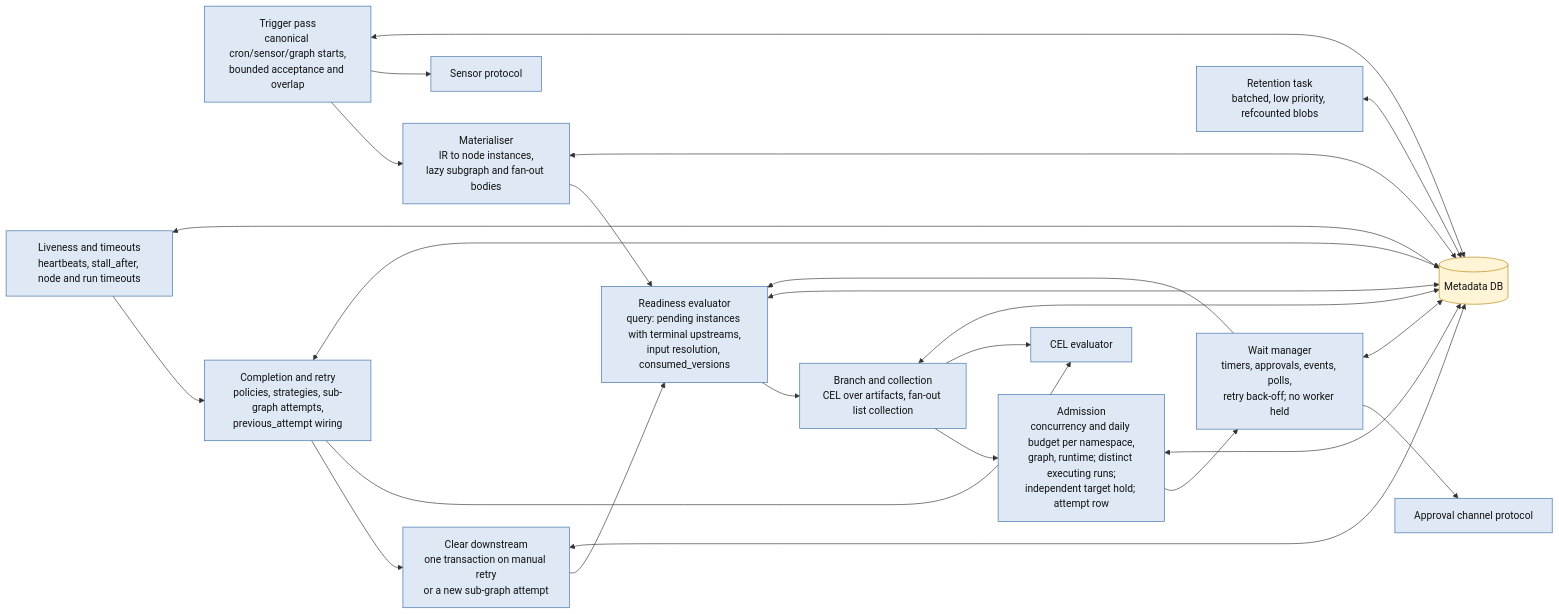
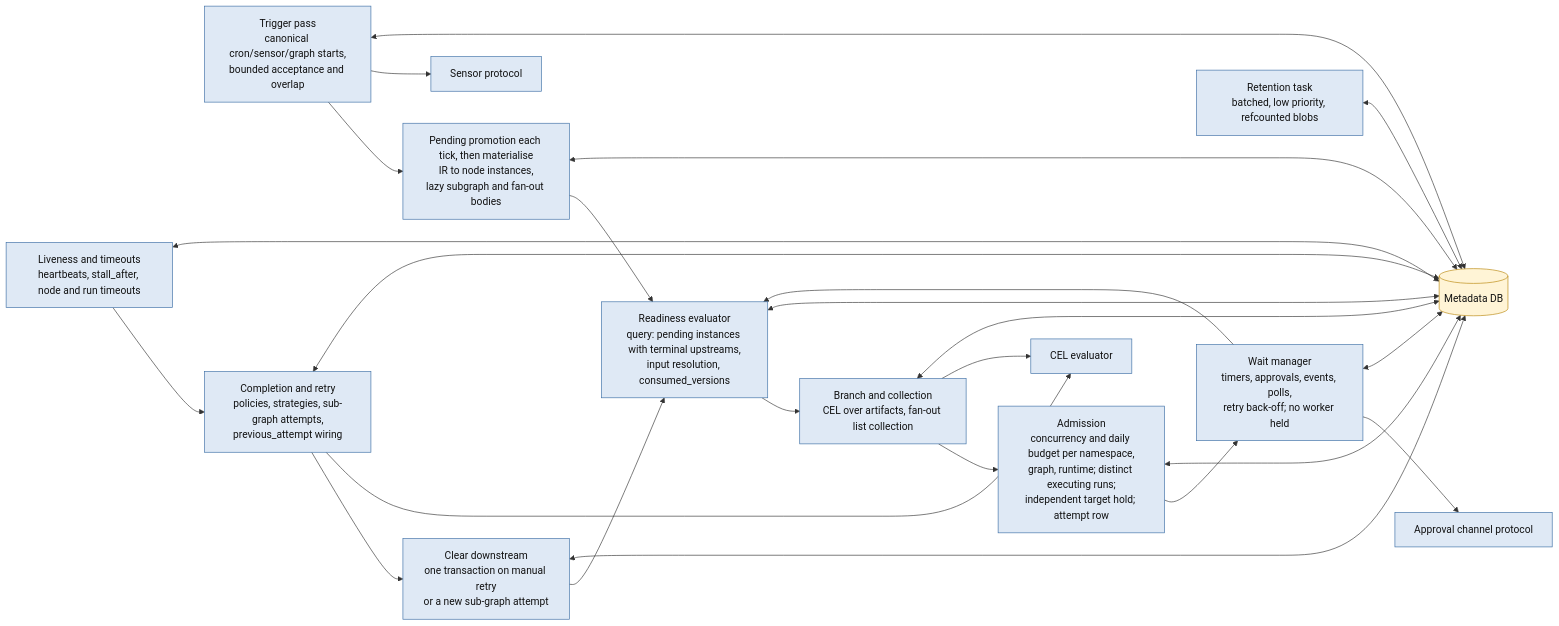
One commit to realkarych/kora changed the third of 6 diagrams in knowledge/architecture/detailed.md. Above: the diagram before and after it, drawn with Mermaid. The commit also changed other lines of this file and 6 other files, not shown here.

````diff
--- a/knowledge/architecture/detailed.md
+++ b/knowledge/architecture/detailed.md
@@ -125,30 +125,30 @@
 ```mermaid
 flowchart LR
     classDef c fill:#dfe9f5,stroke:#3b6ea5,color:#111
     classDef store fill:#fff4d6,stroke:#b8860b,color:#111
 
     DB[(Metadata DB)]:::store
     T[Trigger pass<br/>canonical cron/sensor/graph starts,<br/>bounded acceptance and overlap]:::c
-    M[Materialiser<br/>IR to node instances,<br/>lazy subgraph and fan-out bodies]:::c
+    M[Pending promotion each tick, then materialise<br/>IR to node instances,<br/>lazy subgraph and fan-out bodies]:::c
     R[Readiness evaluator<br/>query: pending instances with terminal upstreams,<br/>input resolution, consumed_versions]:::c
     B[Branch and collection<br/>CEL over artifacts, fan-out list collection]:::c
     A[Admission<br/>concurrency and daily budget per namespace,<br/>graph, runtime; distinct executing runs;<br/>independent target hold; attempt row]:::c
     W[Wait manager<br/>timers, approvals, events, polls,<br/>retry back-off; no worker held]:::c
     L[Liveness and timeouts<br/>heartbeats, stall_after, node and run timeouts]:::c
     C[Completion and retry<br/>policies, strategies, sub-graph attempts,<br/>previous_attempt wiring]:::c
     I[Clear downstream<br/>one transaction on manual retry<br/>or a new sub-graph attempt]:::c
     RET[Retention task<br/>batched, low priority, refcounted blobs]:::c
     CEL[CEL evaluator]:::c
     SEN[Sensor protocol]:::c
     APR[Approval channel protocol]:::c
 
     T --> M --> R --> B --> A
     A --> W
     W --> R
     L --> C --> I --> R
     T --> SEN
     W --> APR
     B --> CEL
     C --> CEL
     T & M & R & B & A & W & L & C & I & RET <--> DB
 ```
````
